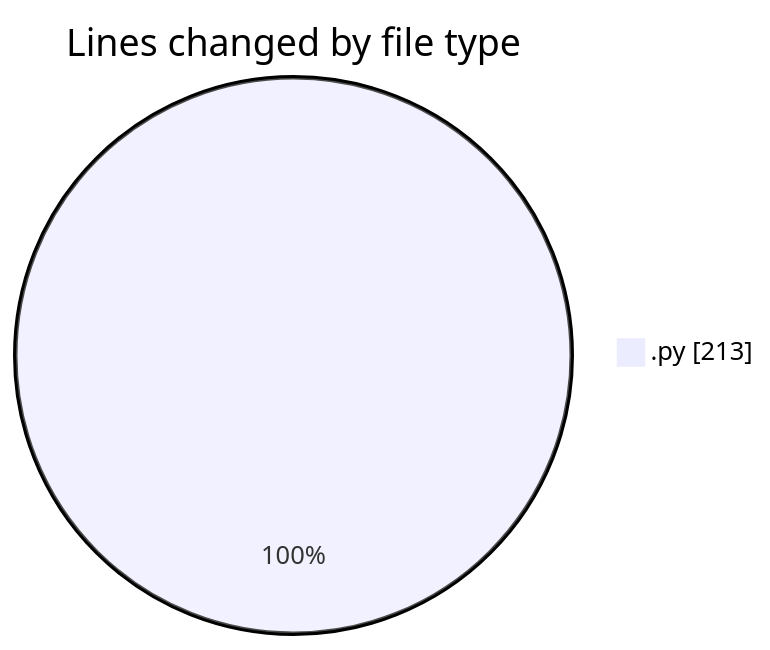
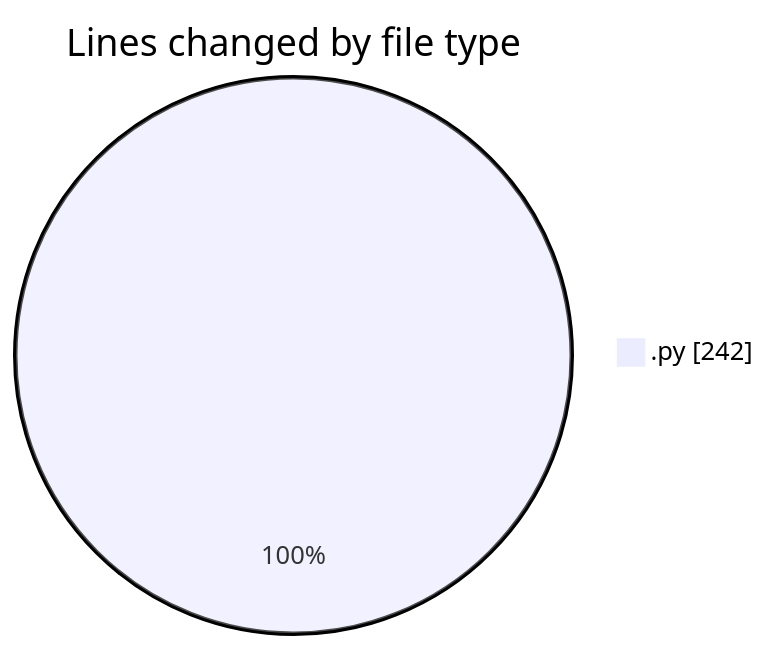
Before and after one commit to FelipKnott/code-tracking: the first of 2 diagrams in 2025-07-03/cursor/README.md, drawn with Mermaid. The commit also changed other lines of this file and 1 other file, not shown here.

````diff
--- a/2025-07-03/cursor/README.md
+++ b/2025-07-03/cursor/README.md
@@ -26,5 +26,5 @@
 ```mermaid
 pie showData
 title Lines changed by file type
-".py" : 213
+".py" : 242
 ```
````
